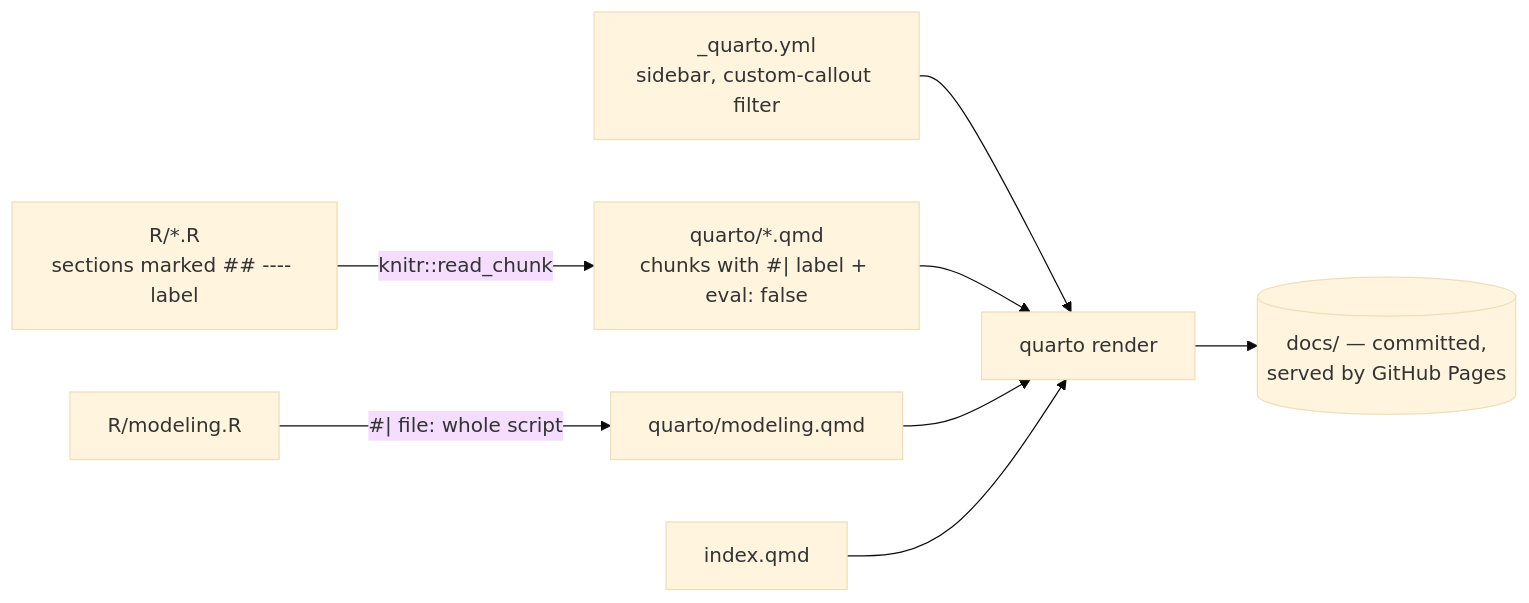
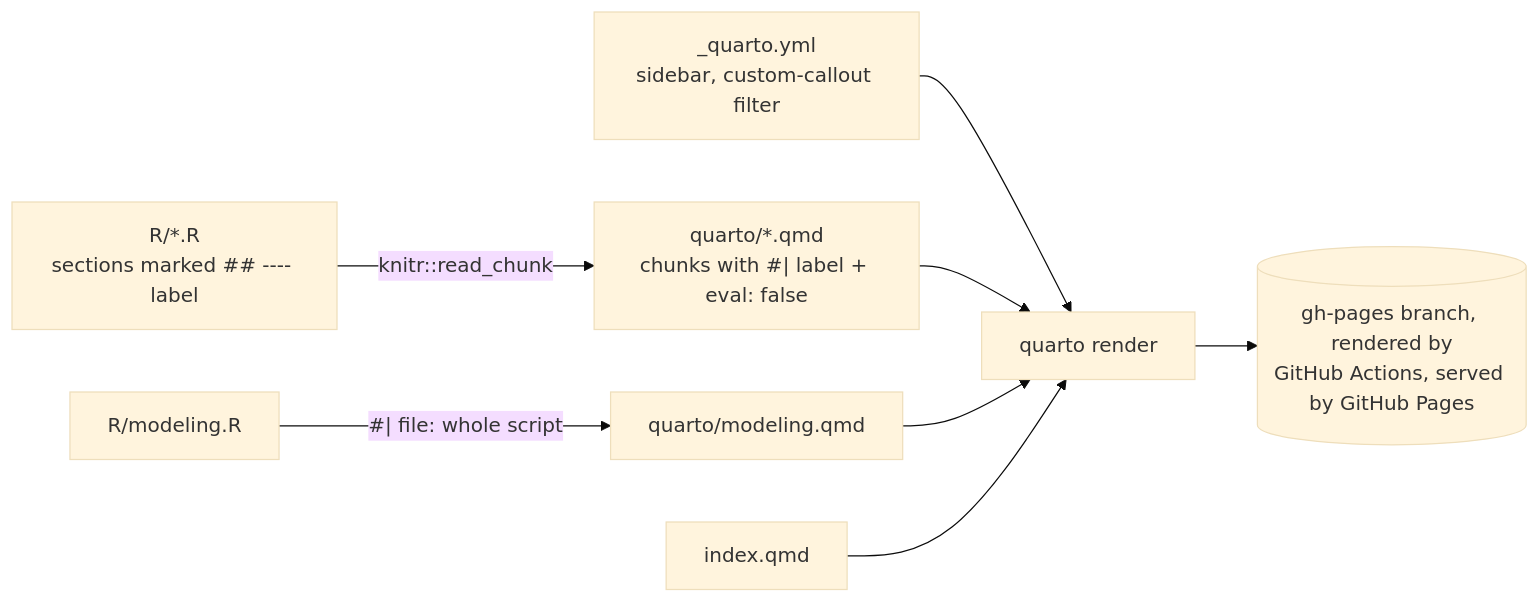
One commit to VagishHemmige/Cryptococcus-cost-analysis changed the fifth of 5 diagrams in ARCHITECTURE.md. Above: the diagram before and after it, drawn with Mermaid (base theme). The commit also changed other lines of this file and 35 other files, not shown here.

First line of the commit message:
Render and publish the site with GitHub Actions

````diff
--- a/ARCHITECTURE.md
+++ b/ARCHITECTURE.md
@@ -201,10 +201,10 @@
 ```mermaid
 flowchart LR
     RS["R/*.R<br/>sections marked ## ---- label"] -->|knitr::read_chunk| Q["quarto/*.qmd<br/>chunks with #| label + eval: false"]
     RM[R/modeling.R] -->|"#| file: whole script"| QM[quarto/modeling.qmd]
     Y[_quarto.yml<br/>sidebar, custom-callout filter] --> REN[quarto render]
     Q --> REN
     QM --> REN
     IX[index.qmd] --> REN
-    REN --> DOCS[(docs/ — committed,<br/>served by GitHub Pages)]
+    REN --> DOCS[(gh-pages branch, rendered by<br/>GitHub Actions, served by GitHub Pages)]
 ```
````
